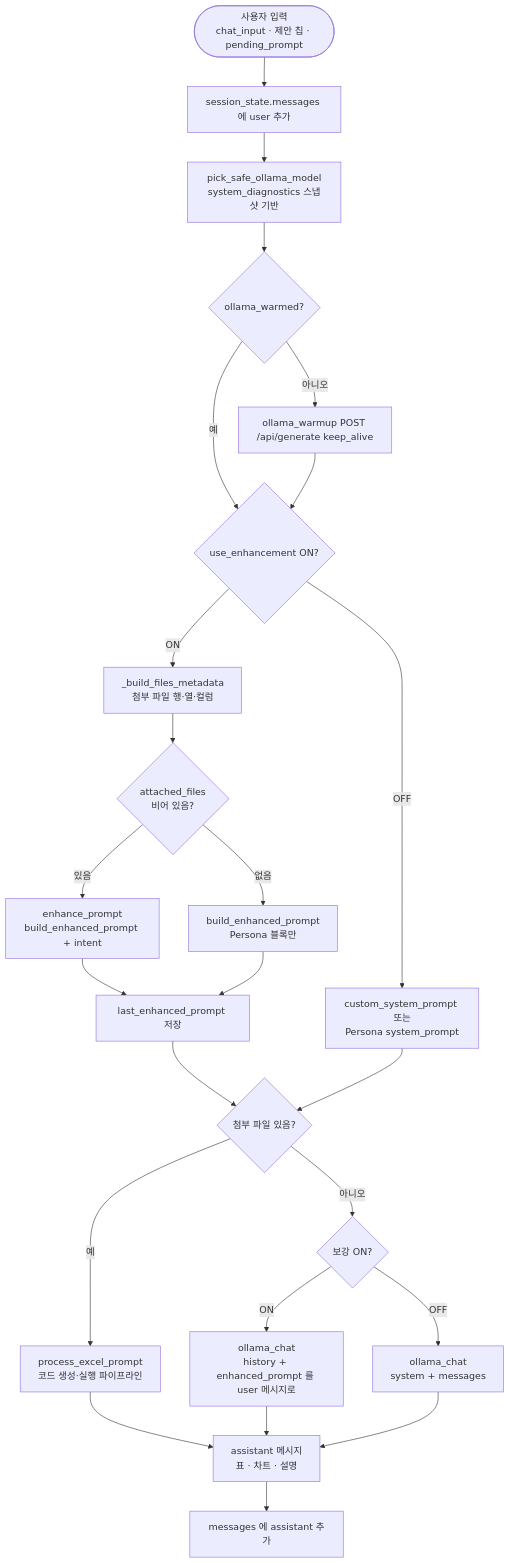
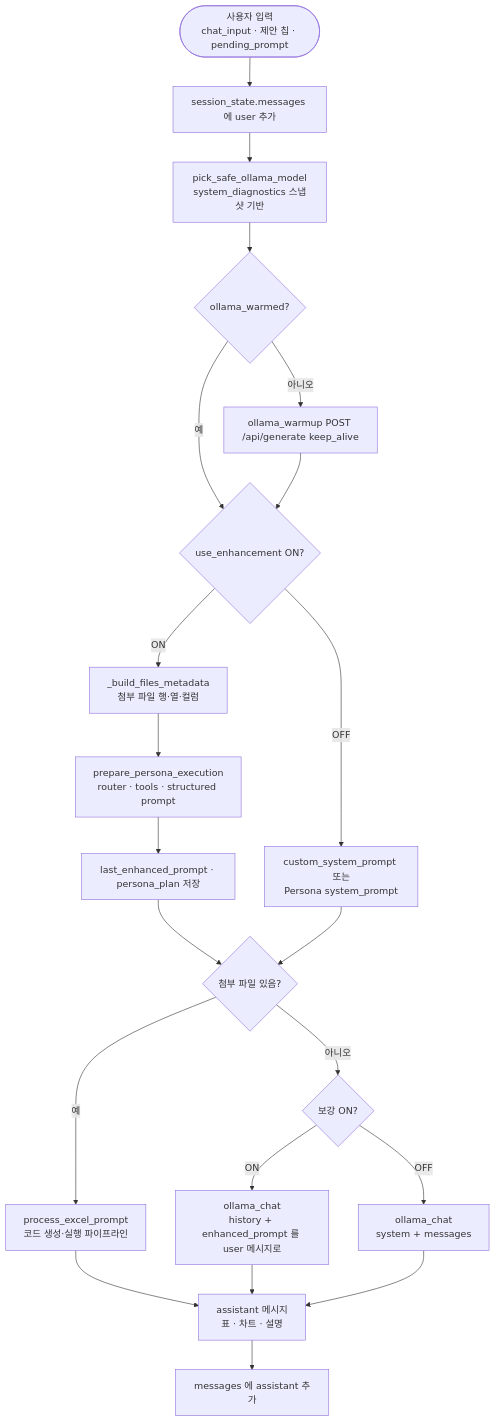
Before and after one commit to eunbijoel/SW_Tech: the second of 2 diagrams in README.md, drawn with Mermaid. The commit also changed other lines of this file, not shown here.

````diff
--- a/README.md
+++ b/README.md
@@ -157,33 +168,30 @@
 ```mermaid
 flowchart TD
     IN([사용자 입력<br/>chat_input · 제안 칩 · pending_prompt])
     IN --> APPEND[session_state.messages 에 user 추가]
     APPEND --> MODEL[pick_safe_ollama_model<br/>system_diagnostics 스냅샷 기반]
     MODEL --> WARM{ollama_warmed?}
     WARM -->|아니오| WU[ollama_warmup POST /api/generate keep_alive]
     WARM -->|예| ENH
     WU --> ENH
 
     ENH{use_enhancement ON?}
     ENH -->|OFF| SYS[custom_system_prompt 또는<br/>Persona system_prompt]
     ENH -->|ON| META[_build_files_metadata<br/>첨부 파일 행·열·컬럼]
 
-    META --> ATT{attached_files<br/>비어 있음?}
-    ATT -->|있음| ENH_FILE[enhance_prompt<br/>build_enhanced_prompt + intent]
-    ATT -->|없음| ENH_CHAT[build_enhanced_prompt<br/>Persona 블록만]
-    ENH_FILE --> STORE[last_enhanced_prompt 저장]
-    ENH_CHAT --> STORE
+    META --> PLAN[prepare_persona_execution<br/>router · tools · structured prompt]
+    PLAN --> STORE[last_enhanced_prompt · persona_plan 저장]
 
     STORE --> BRANCH{첨부 파일 있음?}
     SYS --> BRANCH
 
     BRANCH -->|예| EXCEL[process_excel_prompt<br/>코드 생성·실행 파이프라인]
     BRANCH -->|아니오| CHAT{보강 ON?}
     CHAT -->|ON| OCHAT[ollama_chat<br/>history + enhanced_prompt 를 user 메시지로]
     CHAT -->|OFF| OCHAT2[ollama_chat<br/>system + messages]
 
     EXCEL --> OUT[assistant 메시지<br/>표 · 차트 · 설명]
     OCHAT --> OUT
     OCHAT2 --> OUT
     OUT --> HIST[messages 에 assistant 추가]
 ```
````
